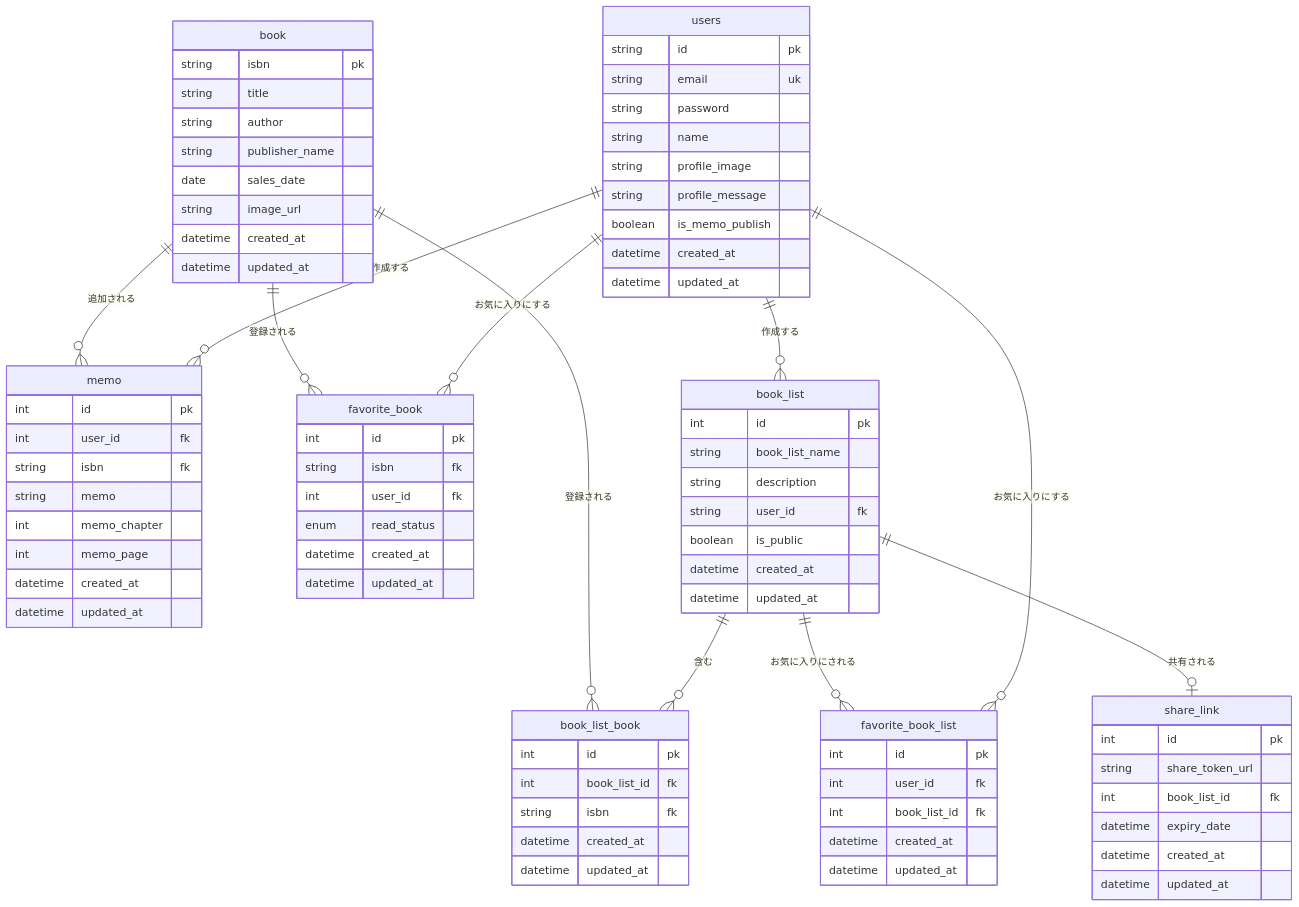
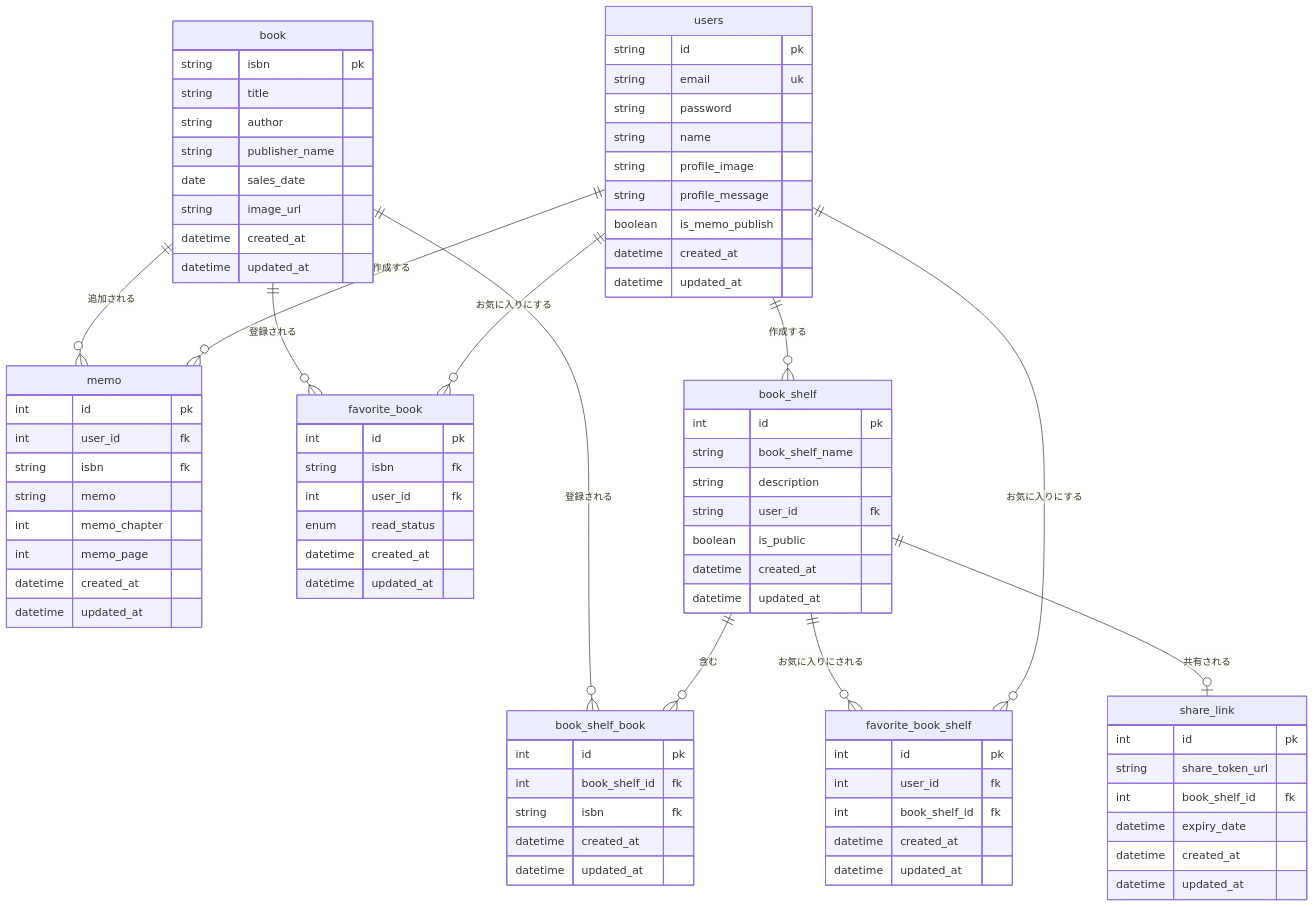
One commit to ar4rpon/minelibrary changed the diagram in _docs/ER.md. Above: the diagram before and after it, drawn with Mermaid. The commit also changed 7 other files, not shown here.

````diff
--- a/_docs/ER.md
+++ b/_docs/ER.md
@@ -43,9 +43,9 @@
 datetime updated_at
 }
 
-book_list {
+book_shelf {
 int id pk
-string book_list_name
+string book_shelf_name
 string description
 string user_id fk
 boolean is_public
@@ -53,18 +53,18 @@
 datetime updated_at
 }
 
-book_list_book {
+book_shelf_book {
 int id pk
-int book_list_id fk
+int book_shelf_id fk
 string isbn fk
 datetime created_at
 datetime updated_at
 }
 
-favorite_book_list {
+favorite_book_shelf {
 int id pk
 int user_id fk
-int book_list_id fk
+int book_shelf_id fk
 datetime created_at
 datetime updated_at
 }
@@ -72,7 +72,7 @@
 share_link {
 int id pk
 string share_token_url
-int book_list_id fk
+int book_shelf_id fk
 datetime expiry_date
 datetime created_at
 datetime updated_at
@@ -80,12 +80,12 @@
 
 users ||--o{ memo : "作成する"
 users ||--o{ favorite_book : "お気に入りにする"
-users ||--o{ book_list : "作成する"
-users ||--o{ favorite_book_list : "お気に入りにする"
+users ||--o{ book_shelf : "作成する"
+users ||--o{ favorite_book_shelf : "お気に入りにする"
 book ||--o{ favorite_book : "登録される"
 book ||--o{ memo : "追加される"
-book_list ||--o{ book_list_book : "含む"
-book ||--o{ book_list_book : "登録される"
-book_list ||--o{ favorite_book_list : "お気に入りにされる"
-book_list ||--o| share_link : "共有される"
+book_shelf ||--o{ book_shelf_book : "含む"
+book ||--o{ book_shelf_book : "登録される"
+book_shelf ||--o{ favorite_book_shelf : "お気に入りにされる"
+book_shelf ||--o| share_link : "共有される"
 ```
````
